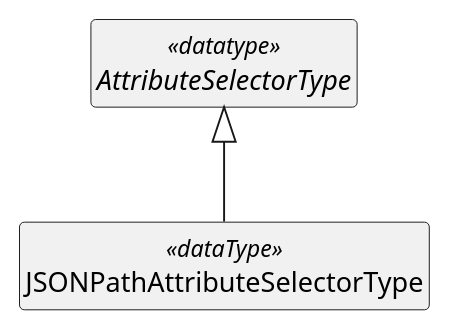
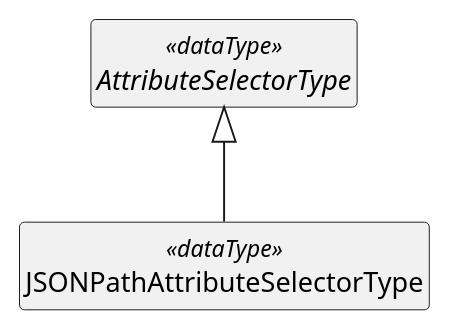
The first of 2 diagrams in acal-jsonpath-v1.0.md (oasis-tcs/acal-spec), drawn with PlantUML before and after one commit. The commit also changed other lines of this file and 10 other files, not shown here.

````diff
--- a/acal-jsonpath-v1.0.md
+++ b/acal-jsonpath-v1.0.md
@@ -219,8 +219,8 @@
 ```plantuml
 @startuml
 hide empty members 
 hide circle
-abstract class AttributeSelectorType <<datatype>>
+abstract class AttributeSelectorType <<dataType>>
 class JSONPathAttributeSelectorType <<dataType>> extends AttributeSelectorType
 @enduml
 ```
````
